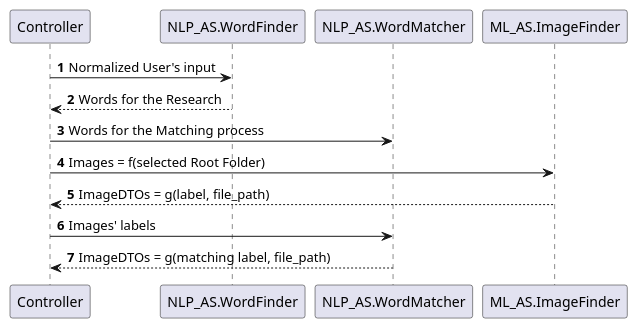
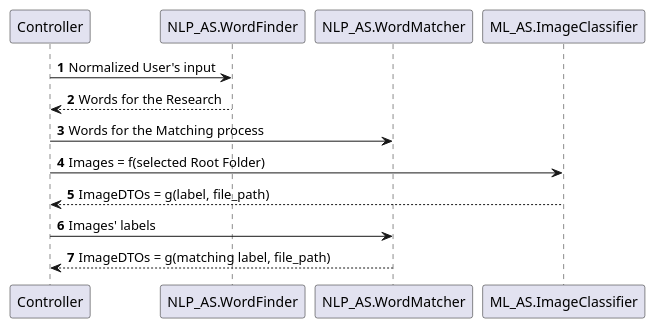
Before and after one commit to RindraMbolamananamalala/Dobryy-Sokil: the diagram in Modeling/Controller_NLPAS_MLAS_SequenceDiagram.puml, drawn with PlantUML. The commit also changed 1 other file, not shown here.

```diff
--- a/Modeling/Controller_NLPAS_MLAS_SequenceDiagram.puml
+++ b/Modeling/Controller_NLPAS_MLAS_SequenceDiagram.puml
@@ -1,26 +1,26 @@
 @startuml
 'https://plantuml.com/sequence-diagram
 
 autonumber
 'STEP 1: Determining the words for the Research
 Controller -> NLP_AS.WordFinder: Normalized User's input
 NLP_AS.WordFinder --> Controller: Words for the Research
 
 'STEP 2: First part of the feeding step of the Word Matcher with the words for the Research
 Controller -> NLP_AS.WordMatcher: Words for the Matching process
 
 
 'STEP 3: Image Finder's prediction part
-Controller -> ML_AS.ImageFinder: Images = f(selected Root Folder)
-ML_AS.ImageFinder --> Controller: ImageDTOs = g(label, file_path)
+Controller -> ML_AS.ImageClassifier: Images = f(selected Root Folder)
+ML_AS.ImageClassifier --> Controller: ImageDTOs = g(label, file_path)
 
 
 /'STEP 4: Second part of the feeding step of the Word Matcher with the Images' labels
 previously predicted by the Image Finder'/
 Controller -> NLP_AS.WordMatcher: Images' labels
 
 
 'STEP 5: Retrieving all the Images corresponding to the words initially provided by the Controller
 NLP_AS.WordMatcher --> Controller: ImageDTOs = g(matching label, file_path)
 
 @enduml
```
